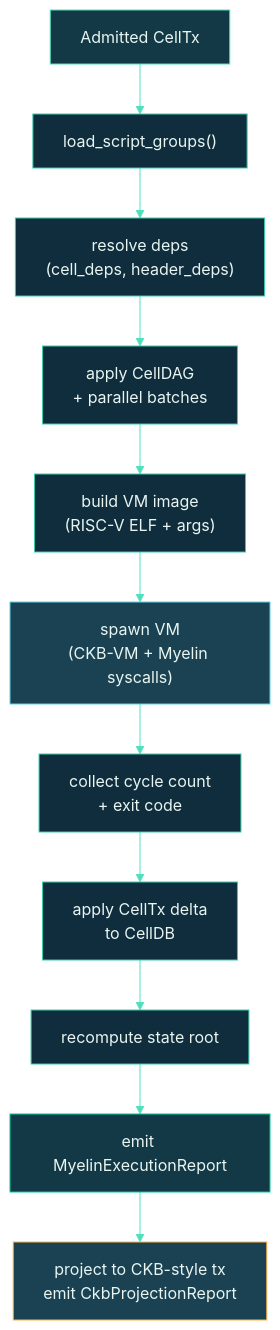
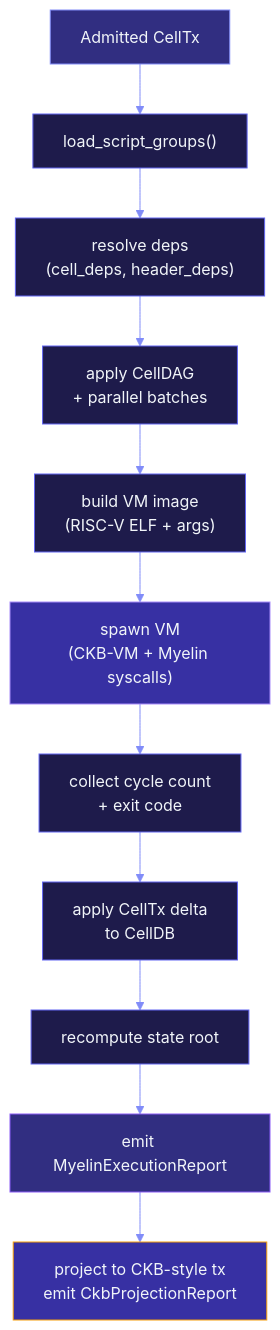
The diagram in docs/architecture/exec-pipeline.md (Myelin-Labs/Myelin), drawn with Mermaid before and after one commit. The commit also changed 31 other files, not shown here.

````diff
--- a/docs/architecture/exec-pipeline.md
+++ b/docs/architecture/exec-pipeline.md
@@ -10,33 +10,33 @@
 ```mermaid
 %%{init: {
   "theme": "base",
   "themeVariables": {
-    "primaryColor": "#0F2D3D",
-    "primaryTextColor": "#E8F5F1",
-    "primaryBorderColor": "#3CCBAA",
-    "lineColor": "#4EE0BC",
-    "secondaryColor": "#143946",
-    "tertiaryColor": "#1A4253"
+    "primaryColor": "#1E1B4B",
+    "primaryTextColor": "#F1F5F9",
+    "primaryBorderColor": "#6366F1",
+    "lineColor": "#818CF8",
+    "secondaryColor": "#312E81",
+    "tertiaryColor": "#3730A3"
   }
 }}%%
 flowchart TB
     A["Admitted CellTx"]:::in
     B["load_script_groups()"]:::stage
     C["resolve deps<br/>(cell_deps, header_deps)"]:::stage
     D["apply CellDAG<br/>+ parallel batches"]:::stage
     E["build VM image<br/>(RISC-V ELF + args)"]:::stage
     F["spawn VM<br/>(CKB-VM + Myelin syscalls)"]:::vm
     G["collect cycle count<br/>+ exit code"]:::stage
     H["apply CellTx delta<br/>to CellDB"]:::stage
     I["recompute state root"]:::stage
     J["emit MyelinExecutionReport"]:::out
 
     A --> B --> C --> D --> E --> F --> G --> H --> I --> J
     J --> K["project to CKB-style tx<br/>emit CkbProjectionReport"]:::proj
 
-    classDef in    fill:#143946,stroke:#4EE0BC,color:#E8F5F1;
-    classDef stage fill:#0F2D3D,stroke:#3CCBAA,color:#E8F5F1;
-    classDef vm    fill:#1A4253,stroke:#5DD4E5,color:#E8F5F1;
-    classDef out   fill:#143946,stroke:#00CC9F,color:#E8F5F1;
-    classDef proj  fill:#1A4253,stroke:#FFB347,color:#E8F5F1;
+    classDef in    fill:#312E81,stroke:#818CF8,color:#F1F5F9;
+    classDef stage fill:#1E1B4B,stroke:#6366F1,color:#F1F5F9;
+    classDef vm    fill:#3730A3,stroke:#A78BFA,color:#F1F5F9;
+    classDef out   fill:#312E81,stroke:#8B5CF6,color:#F1F5F9;
+    classDef proj  fill:#3730A3,stroke:#F59E0B,color:#F1F5F9;
 ```
````
